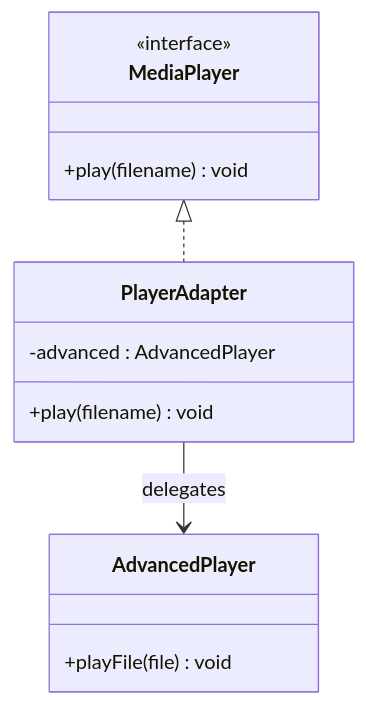
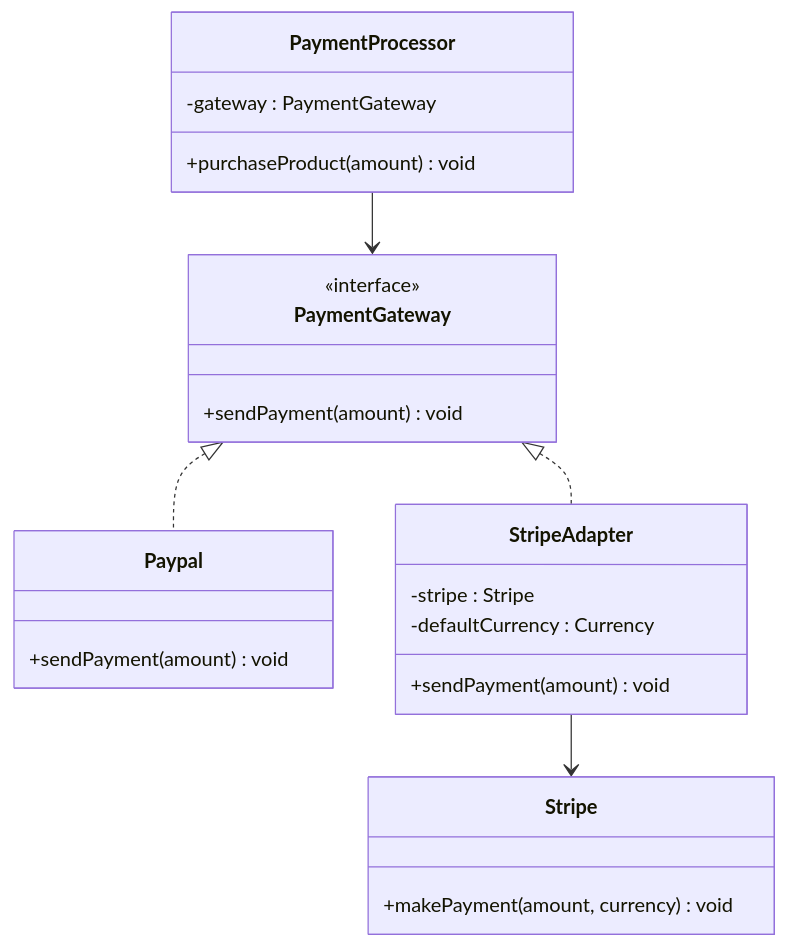
The diagram in SoftwareDesign/DesignPatterns/Structural/adapter.md (shohanjh09/architect-in-progress), drawn with Mermaid before and after one commit. The commit also changed other lines of this file and 1 other file, not shown here.

Commit message:
Design Patten: Update observer and adapter design patterns

````diff
--- a/SoftwareDesign/DesignPatterns/Structural/adapter.md
+++ b/SoftwareDesign/DesignPatterns/Structural/adapter.md
@@ -75,16 +137,31 @@
 ```mermaid
 classDiagram
-    class MediaPlayer {
+    class PaymentGateway {
         <<interface>>
-        +play(filename) void
+        +sendPayment(amount) void
     }
-    class AdvancedPlayer {
-        +playFile(file) void
+
+    class Paypal {
+        +sendPayment(amount) void
     }
-    class PlayerAdapter {
-        -advanced : AdvancedPlayer
-        +play(filename) void
+
+    class Stripe {
+        +makePayment(amount, currency) void
     }
-    MediaPlayer <|.. PlayerAdapter
-    PlayerAdapter --> AdvancedPlayer : delegates
+
+    class StripeAdapter {
+        -stripe : Stripe
+        -defaultCurrency : Currency
+        +sendPayment(amount) void
+    }
+
+    class PaymentProcessor {
+        -gateway : PaymentGateway
+        +purchaseProduct(amount) void
+    }
+
+    PaymentGateway <|.. Paypal
+    PaymentGateway <|.. StripeAdapter
+    StripeAdapter --> Stripe
+    PaymentProcessor --> PaymentGateway
 ```
````
